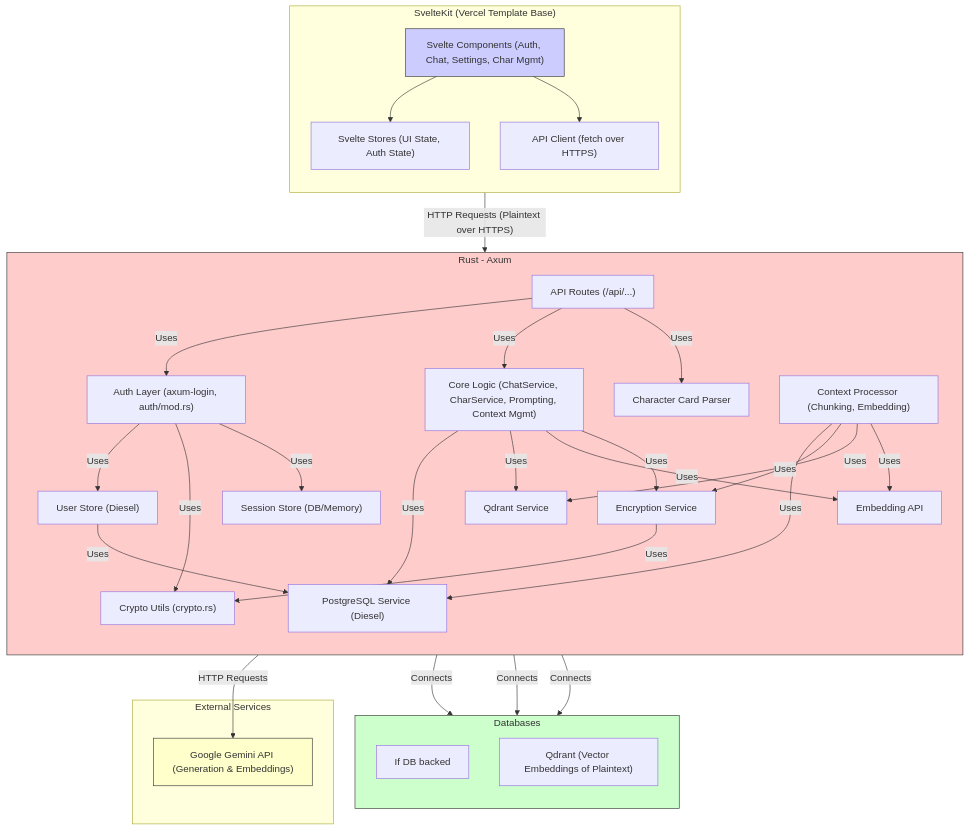
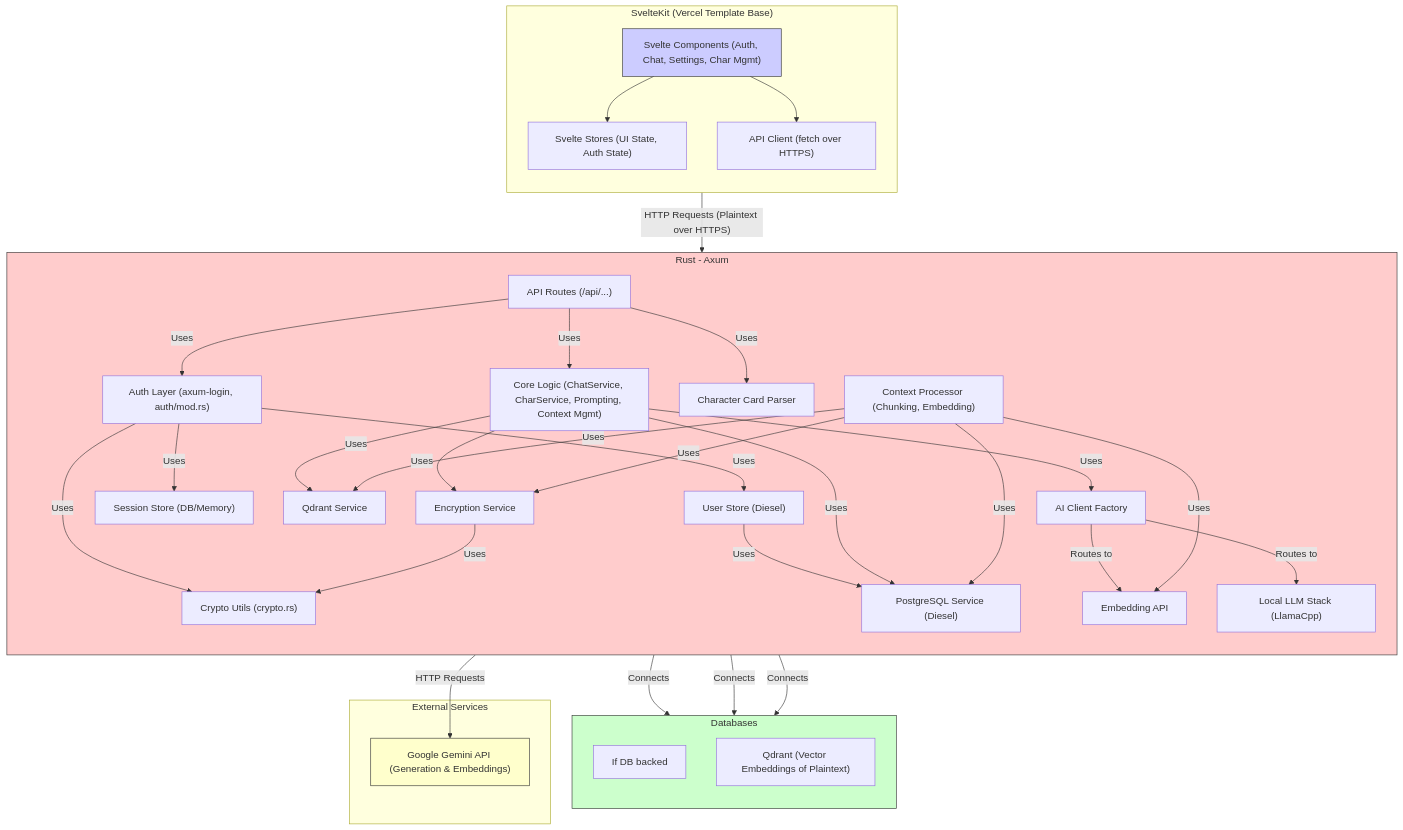
The diagram in docs/ARCHITECTURE.md (sanguinehost/scribe), drawn with Mermaid before and after one commit. The commit also changed other lines of this file and 69 other files, not shown here.

First line of the commit message:
feat: add comprehensive local LLM integration with llama.cpp support

````diff
--- a/docs/ARCHITECTURE.md
+++ b/docs/ARCHITECTURE.md
@@ -47,72 +54,77 @@
 ```mermaid
 graph TD
     subgraph Browser ["SvelteKit (Vercel Template Base)"]
         direction TB
         UI["Svelte Components (Auth, Chat, Settings, Char Mgmt)"]
         STATE["Svelte Stores (UI State, Auth State)"]
         API_CLIENT["API Client (fetch over HTTPS)"]
         UI --> STATE
         UI --> API_CLIENT
     end
 
     subgraph Backend ["Rust - Axum"]
         direction TB
         API_ROUTES["API Routes (/api/...)"]
         AUTH["Auth Layer (axum-login, auth/mod.rs)"]
         CRYPTO["Crypto Utils (crypto.rs)"]
         ENCRYPTION_SVC["Encryption Service"]
         SESSION_STORE["Session Store (DB/Memory)"]
         USER_STORE["User Store (Diesel)"]
         CORE_LOGIC["Core Logic (ChatService, CharService, Prompting, Context Mgmt)"]
         DB_SERVICE["PostgreSQL Service (Diesel)"]
         VECTOR_SERVICE["Qdrant Service"]
         GEMINI_CLIENT["Gemini API Client"]
+        AI_CLIENT_FACTORY["AI Client Factory"]
+        LOCAL_LLM["Local LLM Stack (LlamaCpp)"]
         CHAR_PARSER["Character Card Parser"]
         CONTEXT_PROCESSOR["Context Processor (Chunking, Embedding)"]
 
         API_CLIENT -- HTTP Requests (Plaintext over HTTPS) --> API_ROUTES
         API_ROUTES -- Uses --> AUTH
         API_ROUTES -- Uses --> CORE_LOGIC
         API_ROUTES -- Uses --> CHAR_PARSER
 
         AUTH -- Uses --> USER_STORE
         AUTH -- Uses --> CRYPTO
         %% For KEK derivation, DEK decryption
         AUTH -- Uses --> SESSION_STORE
         USER_STORE -- Uses --> DB_SERVICE
 
         CORE_LOGIC -- Uses --> DB_SERVICE
         CORE_LOGIC -- Uses --> VECTOR_SERVICE
-        CORE_LOGIC -- Uses --> GEMINI_CLIENT
+        CORE_LOGIC -- Uses --> AI_CLIENT_FACTORY
         CORE_LOGIC -- Uses --> ENCRYPTION_SVC
+        
+        AI_CLIENT_FACTORY -- Routes to --> GEMINI_CLIENT
+        AI_CLIENT_FACTORY -- Routes to --> LOCAL_LLM
         %% For data encryption/decryption
         ENCRYPTION_SVC -- Uses --> CRYPTO
 
         CONTEXT_PROCESSOR -- Uses --> DB_SERVICE
         %% To get (encrypted) messages
         CONTEXT_PROCESSOR -- Uses --> ENCRYPTION_SVC
         %% To decrypt messages for RAG
         CONTEXT_PROCESSOR -- Uses --> VECTOR_SERVICE
         CONTEXT_PROCESSOR -- Uses --> GEMINI_CLIENT[Embedding API]
     end
 
     subgraph Databases ["Databases"]
         direction TB
         POSTGRES["PostgreSQL (Users w/ Roles & E2EE Keys, Encrypted Chars & Chats, Sessions)"]
         QDRANT["Qdrant (Vector Embeddings of Plaintext)"]
     end
 
     subgraph External_Services ["External Services"]
         GEMINI["Google Gemini API (Generation & Embeddings)"]
     end
 
     DB_SERVICE -- Connects --> POSTGRES
     SESSION_STORE -- Connects --> POSTGRES[If DB backed]
     VECTOR_SERVICE -- Connects --> QDRANT
     GEMINI_CLIENT -- HTTP Requests --> GEMINI
 
     style UI fill:#ccf,stroke:#333
     style Backend fill:#fcc,stroke:#333
     style Databases fill:#cfc,stroke:#333
     style GEMINI fill:#ffc,stroke:#333
 ```
````
